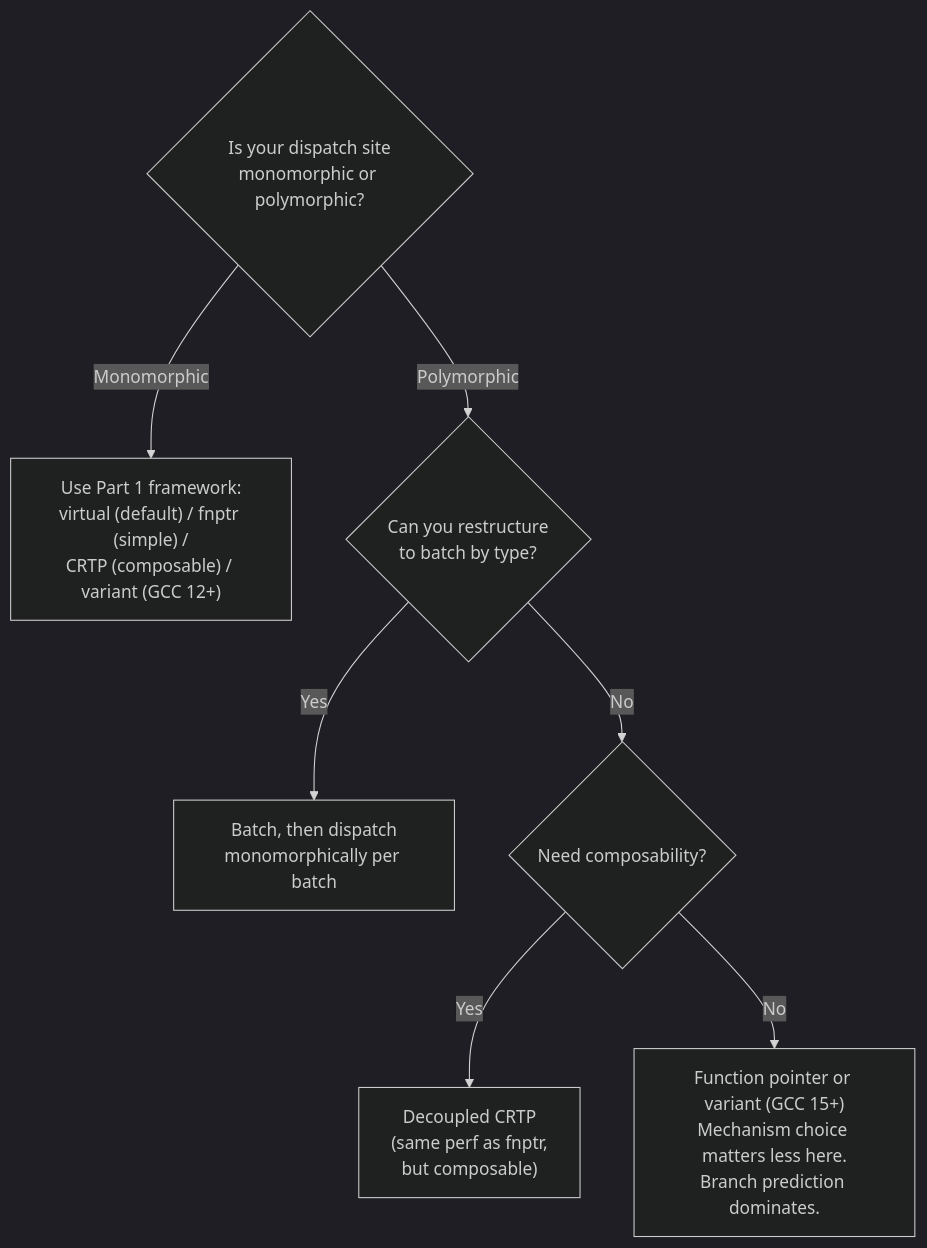
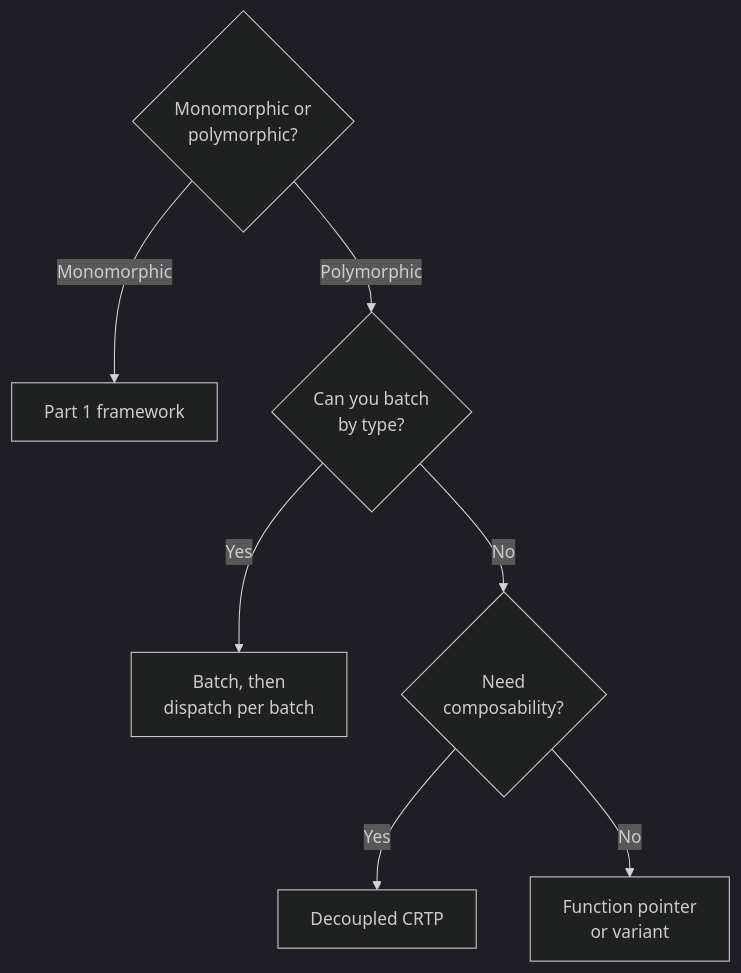
The diagram in _posts/2026-06-02-when-dispatch-mechanism-choice-stops-mattering.md (Shubhankar-Gambhir/Shubhankar-Gambhir.github.io), drawn with Mermaid (dark theme) before and after one commit. The commit also changed other lines of this file, not shown here.

Commit message:
Part 5: slim down flowchart nodes, move detail to prose paragraph

````diff
--- a/_posts/2026-06-02-when-dispatch-mechanism-choice-stops-mattering.md
+++ b/_posts/2026-06-02-when-dispatch-mechanism-choice-stops-mattering.md
@@ -205,9 +205,9 @@
 ```mermaid
 flowchart TD
-    A{Is your dispatch site<br>monomorphic or polymorphic?} -->|Monomorphic| B["Use Part 1 framework:<br>virtual (default) / fnptr (simple) /<br>CRTP (composable) / variant (GCC 12+)"]
-    A -->|Polymorphic| C{Can you restructure<br>to batch by type?}
-    C -->|Yes| D["Batch, then dispatch<br>monomorphically per batch"]
-    C -->|No| E{Need composability?}
-    E -->|Yes| F["Decoupled CRTP<br>(same perf as fnptr,<br>but composable)"]
-    E -->|No| G["Function pointer or variant (GCC 15+)<br>Mechanism choice matters less here.<br>Branch prediction dominates."]
+    A{Monomorphic or<br>polymorphic?} -->|Monomorphic| B[Part 1 framework]
+    A -->|Polymorphic| C{Can you batch<br>by type?}
+    C -->|Yes| D[Batch, then<br>dispatch per batch]
+    C -->|No| E{Need<br>composability?}
+    E -->|Yes| F[Decoupled CRTP]
+    E -->|No| G[Function pointer<br>or variant]
 ```
````
